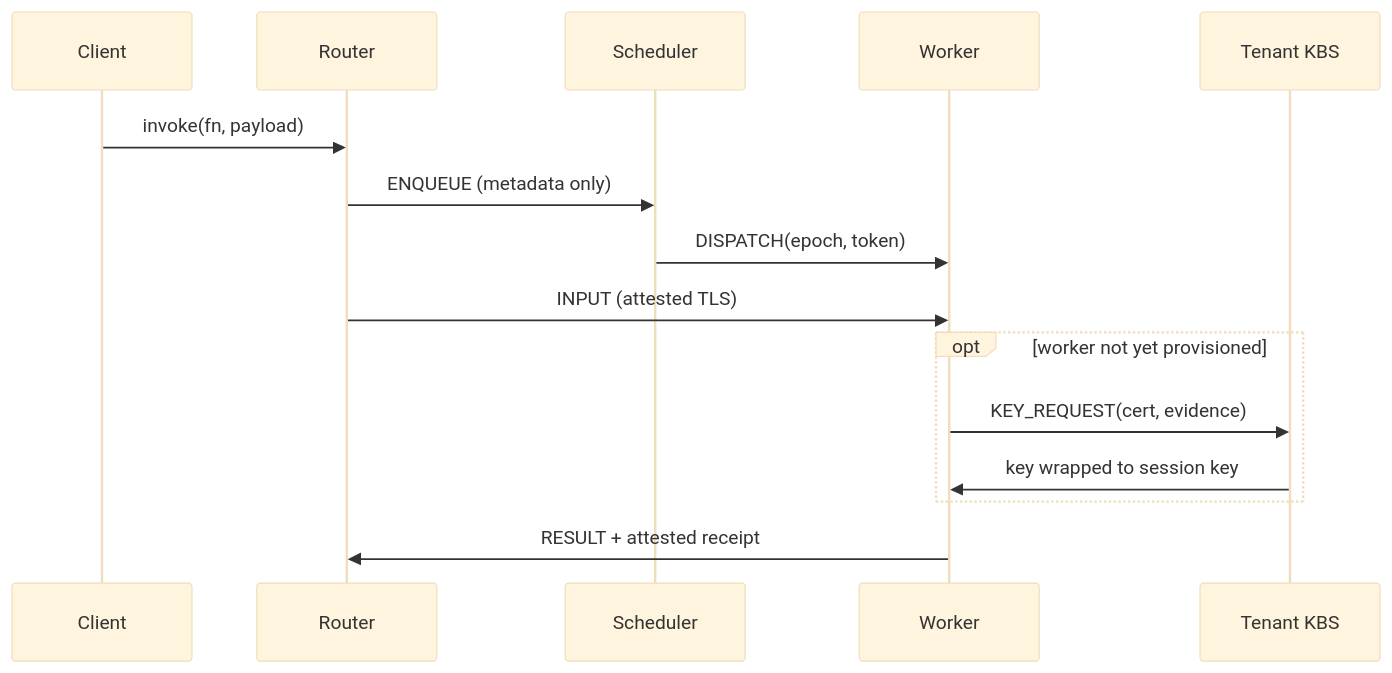
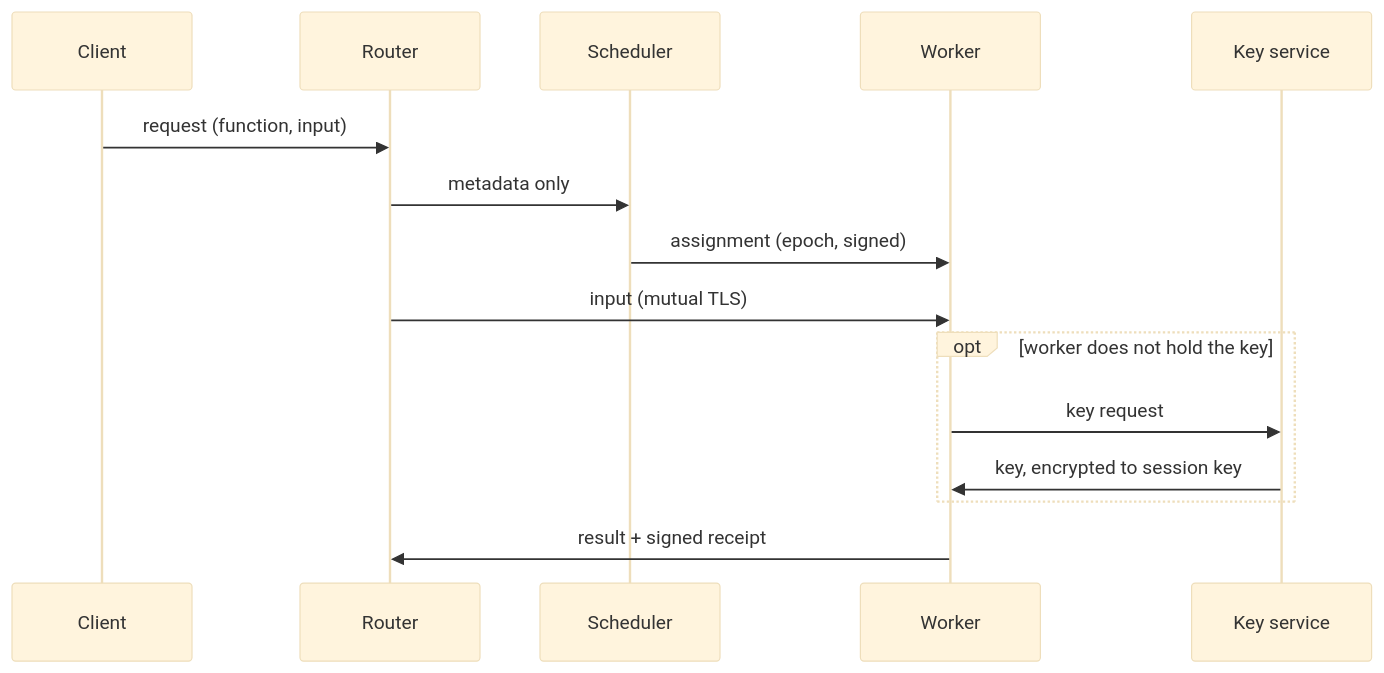
Before and after one commit to aalhadsawane/VOSS: the second of 2 diagrams in docs/explainer/voss-explained.md, drawn with Mermaid (base theme). The commit also changed other lines of this file, not shown here.

````diff
--- a/docs/explainer/voss-explained.md
+++ b/docs/explainer/voss-explained.md
@@ -367,17 +224,17 @@
 ```mermaid
 sequenceDiagram
   participant C as Client
   participant R as Router
   participant S as Scheduler
   participant W as Worker
-  participant K as Tenant KBS
-  C->>R: invoke(fn, payload)
-  R->>S: ENQUEUE (metadata only)
-  S->>W: DISPATCH(epoch, token)
-  R->>W: INPUT (attested TLS)
-  opt worker not yet provisioned
-    W->>K: KEY_REQUEST(cert, evidence)
-    K->>W: key wrapped to session key
+  participant K as Key service
+  C->>R: request (function, input)
+  R->>S: metadata only
+  S->>W: assignment (epoch, signed)
+  R->>W: input (mutual TLS)
+  opt worker does not hold the key
+    W->>K: key request
+    K->>W: key, encrypted to session key
   end
-  W->>R: RESULT + attested receipt
+  W->>R: result + signed receipt
 ```
````
